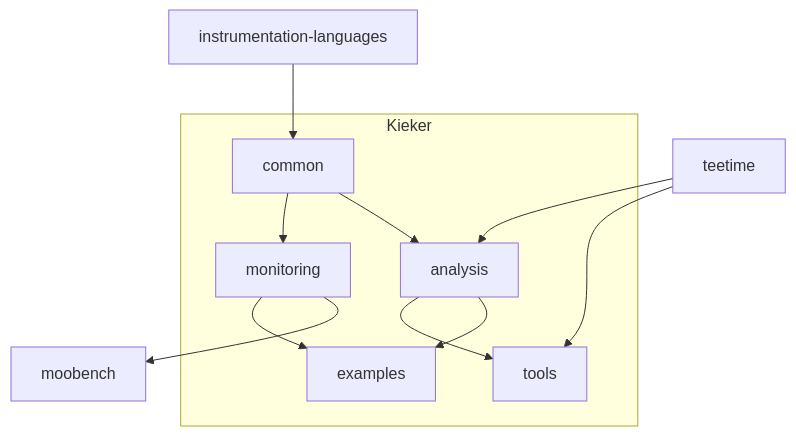
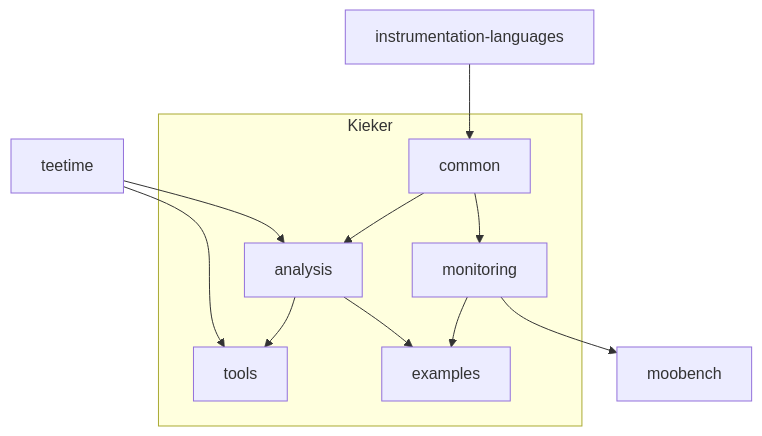
One commit to kieker-monitoring/.github changed the diagram in profile/README.md. Above: the diagram before and after it, drawn with Mermaid. The commit also changed other lines of this file, not shown here.

````diff
--- a/profile/README.md
+++ b/profile/README.md
@@ -13,15 +14,15 @@
 ```mermaid
 
 flowchart TB
-    subgraph Kieker
-    common-->monitoring
-    common-->analysis
-    monitoring-->examples
-    analysis-->tools
-    analysis-->examples
-    end
     instrumentation-languages-->common
     teetime-->analysis
     teetime-->tools
     monitoring-->moobench
+    subgraph Kieker
+    common-->monitoring
+    common-->analysis
+    analysis-->tools
+    analysis-->examples
+    monitoring-->examples
+    end
 ```
````
